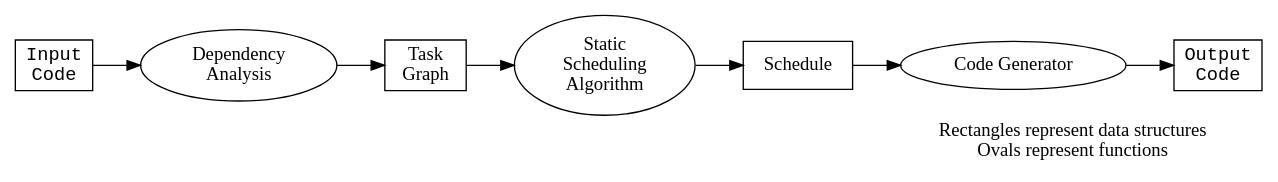
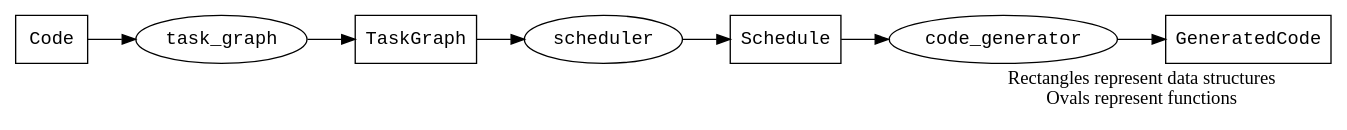
The diagram in vignettes/basic_model.dot (clarkfitzg/makeParallel), drawn with Graphviz before and after one commit. The commit also changed 5 other files, not shown here.

Commit message:
improved scheduling graphs

```diff
--- a/vignettes/basic_model.dot
+++ b/vignettes/basic_model.dot
@@ -1,30 +1,32 @@
 digraph G {
 rankdir = LR;
 //rankdir = TB;
 
 //edge [fontname = "courier"];
 
 label = "Rectangles represent data structures
 Ovals represent functions
 ";
 labeljust=right;
 
-node [shape = "rectangle"];
-input [label = "Input\nCode", fontname = "courier"];
-taskgraph [label = "Task\nGraph"];
-schedule [label = "Schedule"];
-output [label = "Output\nCode", fontname = "courier"];
+node [shape = "rectangle", fontname = "courier"];
+//------------------------------------------------------------
+Code [label = "Code"];
+TaskGraph [label = "TaskGraph"];
+Schedule [label = "Schedule"];
+GeneratedCode [label = "GeneratedCode"];
 
 node [shape = "oval"];
-dependency [label = "Dependency\nAnalysis"];
-schedule_algo [label = "Static\nScheduling\nAlgorithm"];
-code_generator [label = "Code Generator"];
+//------------------------------------------------------------
+task_graph [label = "task_graph"];
+scheduler [label = "scheduler"];
+code_generator [label = "code_generator"];
 
-input -> dependency;
-dependency -> taskgraph;
-taskgraph -> schedule_algo;
-schedule_algo -> schedule;
-schedule -> code_generator;
-code_generator -> output;
+Code -> task_graph;
+task_graph -> TaskGraph;
+TaskGraph -> scheduler;
+scheduler -> Schedule;
+Schedule -> code_generator;
+code_generator -> GeneratedCode;
 
 }
```
